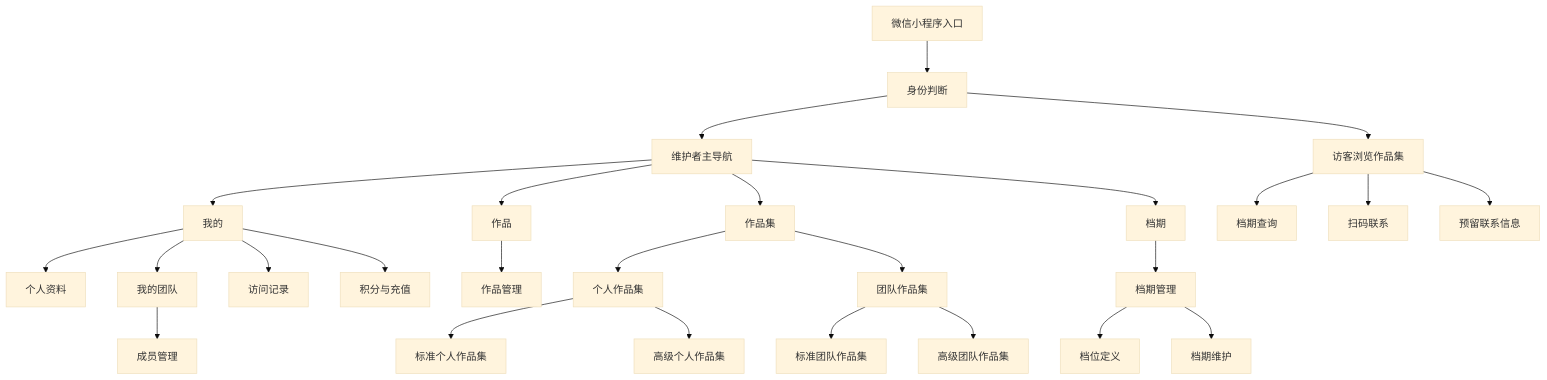
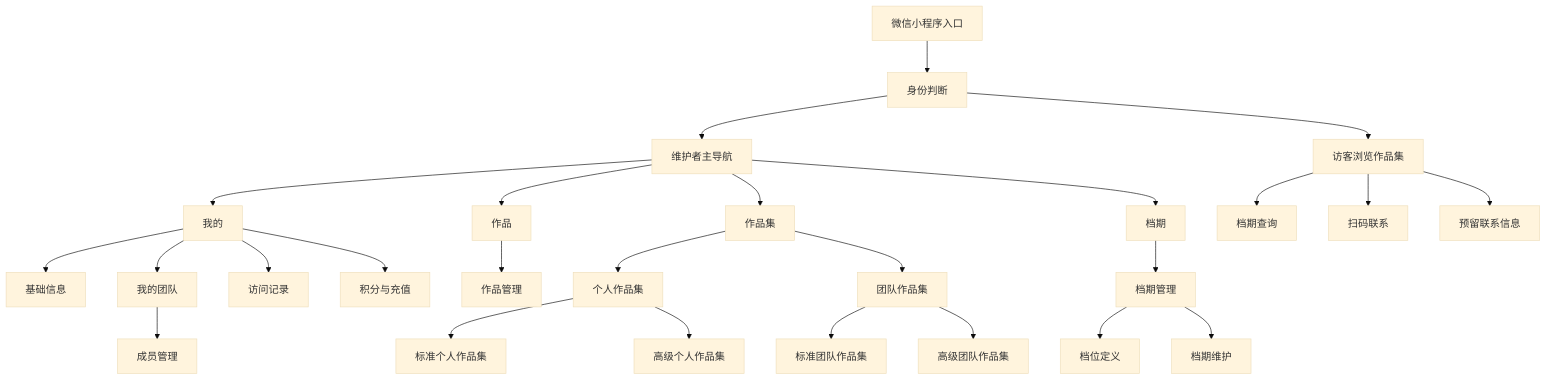
The diagram in docs/PRD.md (GodMime/WeFolio), drawn with Mermaid (base theme) before and after one commit. The commit also changed other lines of this file and 20 other files, not shown here.

````diff
--- a/docs/PRD.md
+++ b/docs/PRD.md
@@ -306,28 +310,28 @@
 ```mermaid
 flowchart TD
   A["微信小程序入口"] --> B["身份判断"]
   B --> C["访客浏览作品集"]
   B --> D["维护者主导航"]
   D --> D1["我的"]
   D --> D2["作品"]
   D --> D3["作品集"]
   D --> D4["档期"]
-  D1 --> E["个人资料"]
+  D1 --> E["基础信息"]
   D1 --> I["我的团队"]
   D1 --> J["访问记录"]
   D1 --> M["积分与充值"]
   D2 --> F["作品管理"]
   D3 --> H["个人作品集"]
   D3 --> I2["团队作品集"]
   D4 --> G["档期管理"]
   G --> G1["档位定义"]
   G --> G2["档期维护"]
   H --> H1["标准个人作品集"]
   H --> H2["高级个人作品集"]
   I --> I1["成员管理"]
   I2 --> I21["标准团队作品集"]
   I2 --> I22["高级团队作品集"]
   C --> K["档期查询"]
   C --> L["扫码联系"]
   C --> N["预留联系信息"]
 ```
````
